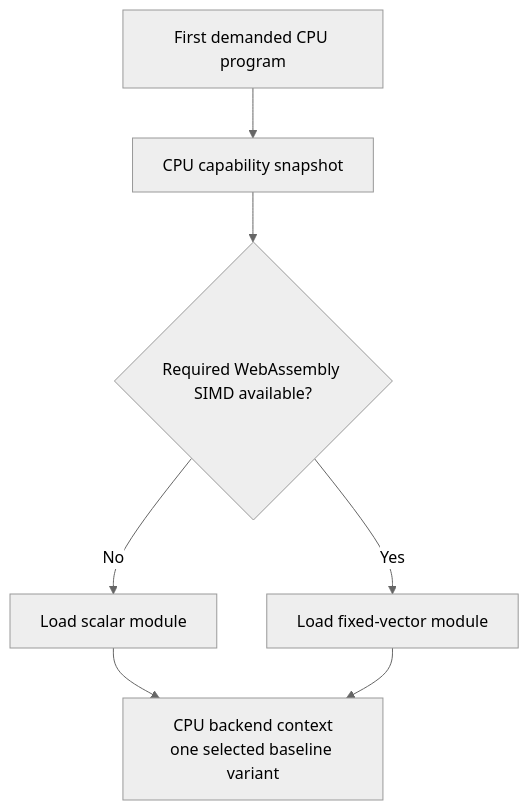
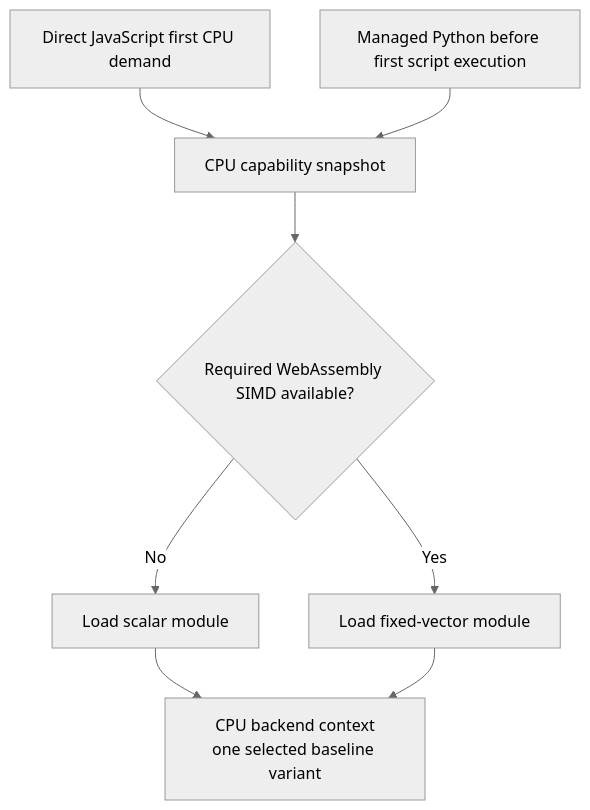
Before and after one commit to isaacperez/tabgrad: the third of 5 diagrams in docs/architecture/webassembly-cpu-backend.md, drawn with Mermaid (neutral theme). The commit also changed other lines of this file and 11 other files, not shown here.

````diff
--- a/docs/architecture/webassembly-cpu-backend.md
+++ b/docs/architecture/webassembly-cpu-backend.md
@@ -163,13 +178,15 @@
 ```mermaid
 flowchart TD
-    Need[First demanded CPU program]
+    Need[Direct JavaScript first CPU demand]
+    Python[Managed Python before first script execution]
     Snapshot[CPU capability snapshot]
     Vector{Required WebAssembly SIMD available?}
     Scalar[Load scalar module]
     Simd[Load fixed-vector module]
     Context[CPU backend context<br/>one selected baseline variant]
 
     Need --> Snapshot --> Vector
+    Python --> Snapshot
     Vector -->|No| Scalar --> Context
     Vector -->|Yes| Simd --> Context
 ```
````
